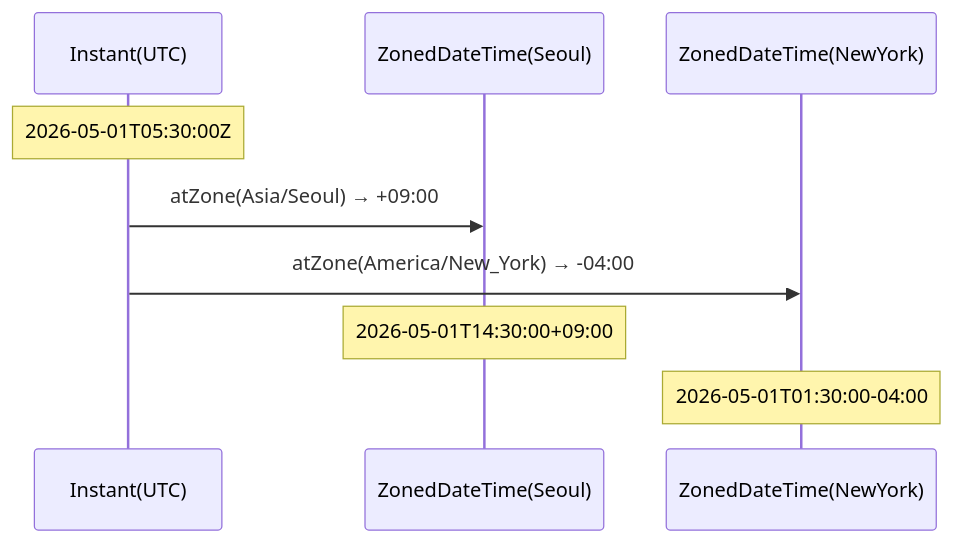
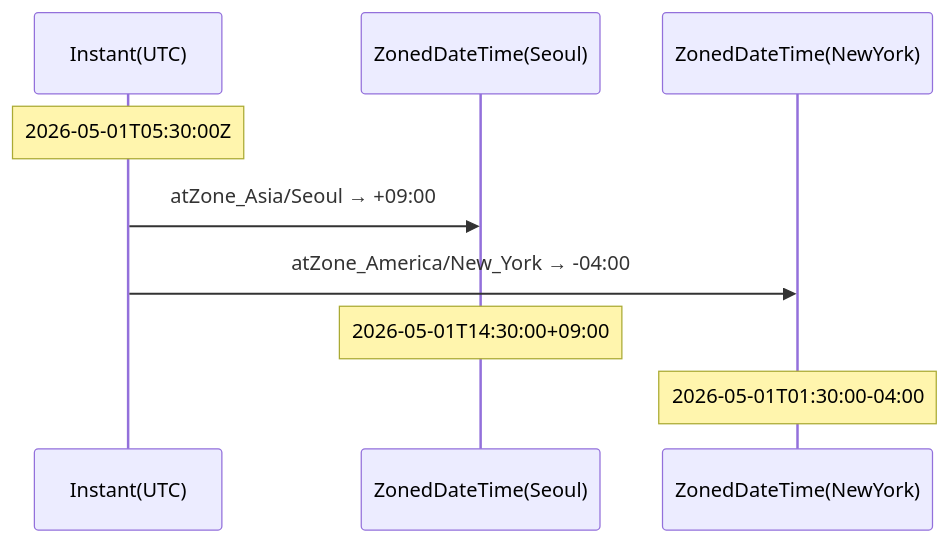
One commit to yjkim2015/yjkim2015.github.io changed the third of 5 diagrams in _posts/java/2026-05-01-java-datetime.md. Above: the diagram before and after it, drawn with Mermaid. The commit also changed 85 other files, not shown here.

First line of the commit message:
sequenceDiagram 문법 에러 2차 수정 169개 (86파일)

````diff
--- a/_posts/java/2026-05-01-java-datetime.md
+++ b/_posts/java/2026-05-01-java-datetime.md
@@ -185,11 +185,11 @@
 ```mermaid
 sequenceDiagram
     participant I as Instant(UTC)
     participant S as ZonedDateTime(Seoul)
     participant N as ZonedDateTime(NewYork)
     Note over I: 2026-05-01T05:30:00Z
-    I->>S: atZone(Asia/Seoul) → +09:00
-    I->>N: atZone(America/New_York) → -04:00
+    I->>S: atZone_Asia/Seoul → +09:00
+    I->>N: atZone_America/New_York → -04:00
     Note over S: 2026-05-01T14:30:00+09:00
     Note over N: 2026-05-01T01:30:00-04:00
 ```
````
